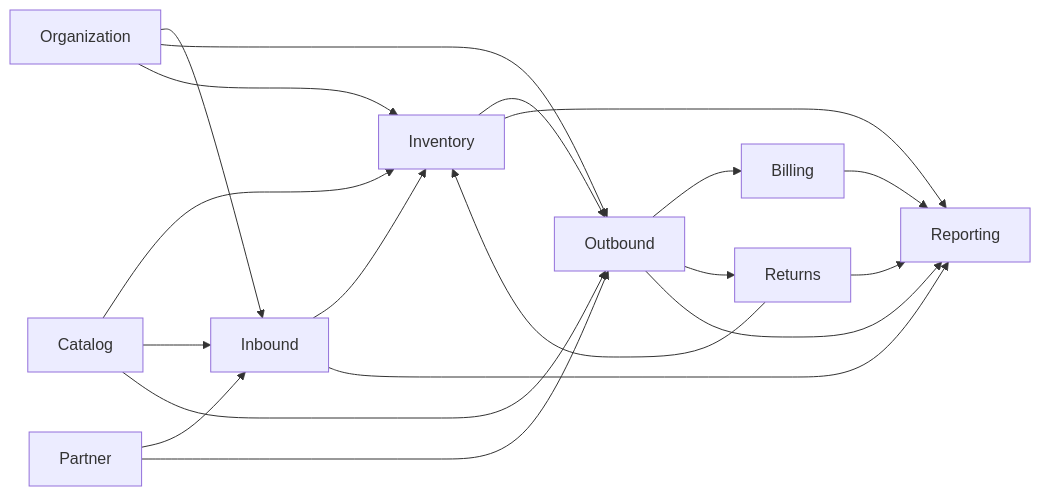
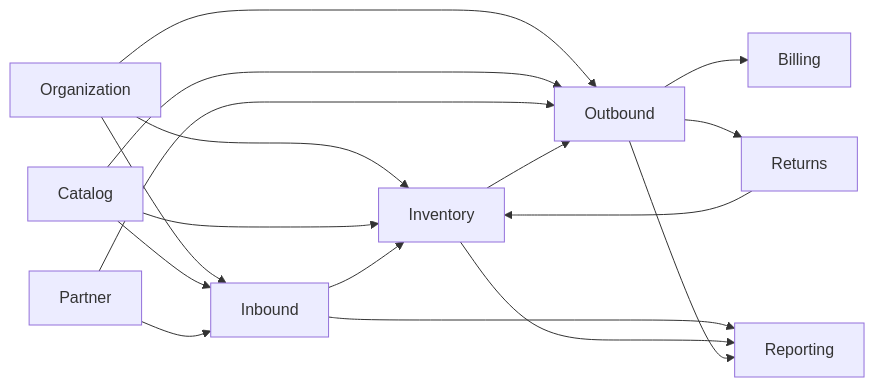
Before and after one commit to buidangkhoa05/iKho: the second of 2 diagrams in docs/architecture/warehouse-domain-model.md, drawn with Mermaid. The commit also changed other lines of this file and 3 other files, not shown here.

First line of the commit message:
docs: Reconcile architecture docs with implemented warehouse topology

````diff
--- a/docs/architecture/warehouse-domain-model.md
+++ b/docs/architecture/warehouse-domain-model.md
@@ -210,21 +213,19 @@
 ```mermaid
 flowchart LR
     Org[Organization] --> Inb[Inbound]
     Org --> Out[Outbound]
     Org --> Inv[Inventory]
     Cat[Catalog] --> Inv
     Cat --> Inb
     Cat --> Out
     Partner[Partner] --> Inb
     Partner --> Out
     Inv --> Out
     Inb --> Inv
     Out --> Billing[Billing]
     Out --> Ret[Returns]
     Ret --> Inv
     Inb --> Report[Reporting]
     Inv --> Report
     Out --> Report
-    Ret --> Report
-    Billing --> Report
 ```
````
